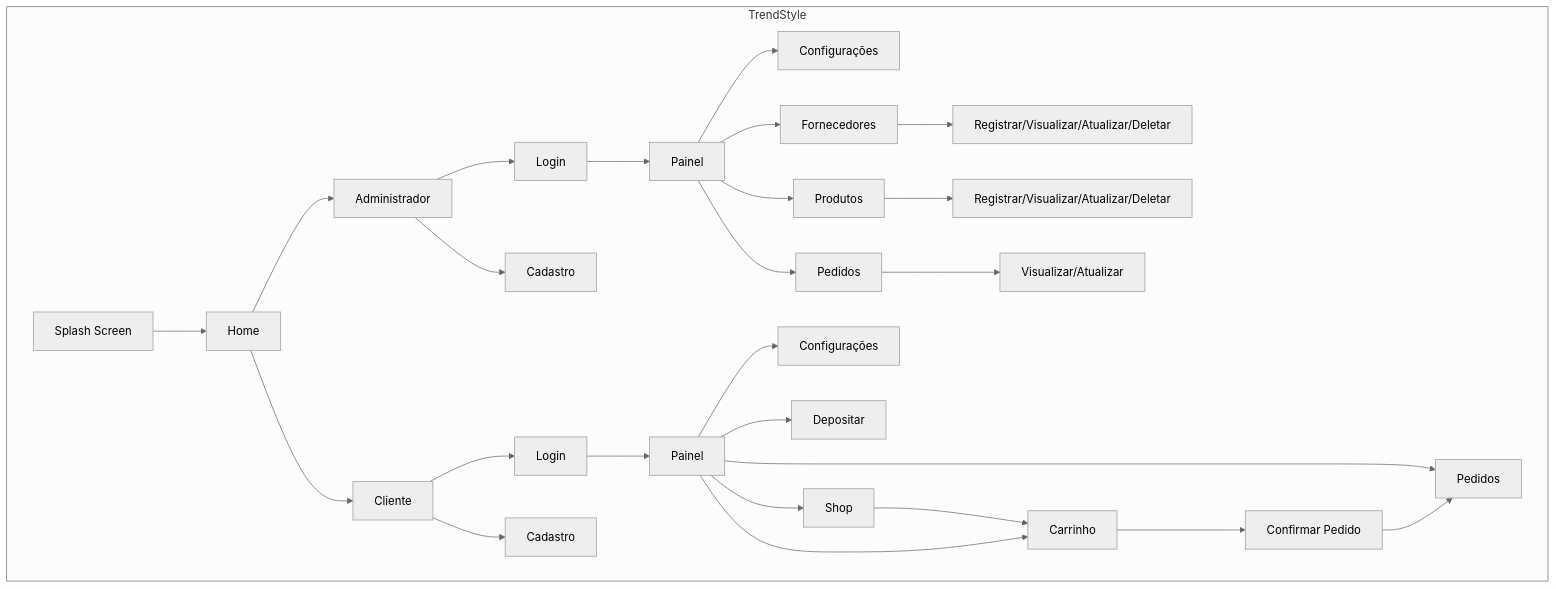
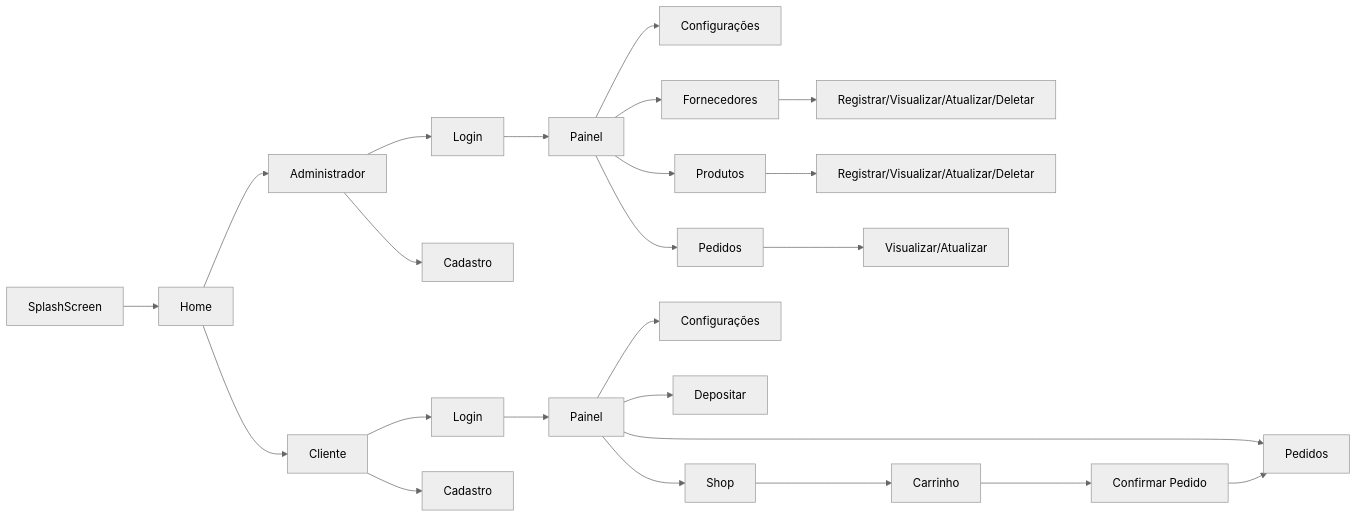
Before and after one commit to WhitePoodleMoth/TrendStyle: the diagram in Diagram/Navigation.mermaid, drawn with Mermaid (neutral theme). The commit also changed 3 other files, not shown here.

```diff
--- a/Diagram/Navigation.mermaid
+++ b/Diagram/Navigation.mermaid
@@ -1,36 +1,34 @@
-graph TB
-    subgraph Software[TrendStyle]
-        splash[Splash Screen] --> home[Home]
+graph LR
+    splash[SplashScreen] --> home[Home]
 
-        home --> admin[Administrador]
-        home --> client[Cliente]
+    home --> admin[Administrador]
+    home --> client[Cliente]
 
-        admin --> admin_login[Login]
-        admin --> admin_register[Cadastro]
+    admin --> admin_login[Login]
+    admin --> admin_register[Cadastro]
 
-        admin_login --> admin_panel[Painel]
+    admin_login --> admin_panel[Painel]
 
-        admin_panel --> admin_config[Configurações]
-        admin_panel --> admin_vendor[Fornecedores]
-        admin_panel --> admin_products[Produtos]
-        admin_panel --> admin_order[Pedidos]
+    admin_panel --> admin_config[Configurações]
+    admin_panel --> admin_vendor[Fornecedores]
+    admin_panel --> admin_products[Produtos]
+    admin_panel --> admin_order[Pedidos]
 
-        admin_vendor --> admin_vendor_manage[Registrar/Visualizar/Atualizar/Deletar]
+    admin_vendor --> admin_vendor_manage[Registrar/Visualizar/Atualizar/Deletar]
 
-        admin_products --> admin_products_manage[Registrar/Visualizar/Atualizar/Deletar]
+    admin_products --> admin_products_manage[Registrar/Visualizar/Atualizar/Deletar]
 
-        admin_order --> admin_order_manage[Visualizar/Atualizar]
-        
-        client --> client_login[Login]
-        client --> client_register[Cadastro]
+    admin_order --> admin_order_manage[Visualizar/Atualizar]
+    
+    client --> client_login[Login]
+    client --> client_register[Cadastro]
 
-        client_login --> client_menu[Painel]
+    client_login --> client_menu[Painel]
 
-        client_menu --> client_config[Configurações]
-        client_menu --> client_deposit[Depositar]
-        client_menu --> client_shop[Shop] --> client_cart
-        client_menu --> client_order[Pedidos]
-        client_menu --> client_cart[Carrinho]
-
-        client_cart --> client_cart_confirmation[Confirmar Pedido] --> client_order
-    end
+    client_menu --> client_config[Configurações]
+    client_menu --> client_deposit[Depositar]
+    client_menu --> client_shop[Shop]
+    client_shop --> client_cart[Carrinho]
+    client_menu --> client_order[Pedidos]
+    client_cart --> client_cart_confirmation[Confirmar Pedido]
+    client_cart_confirmation --> client_order
```
